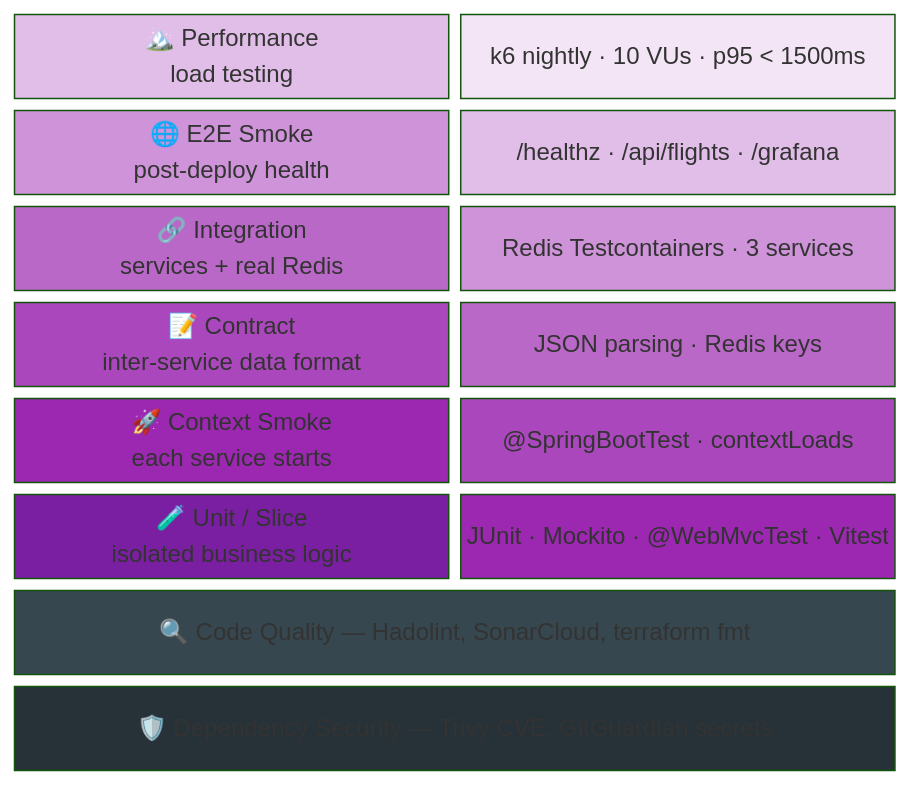
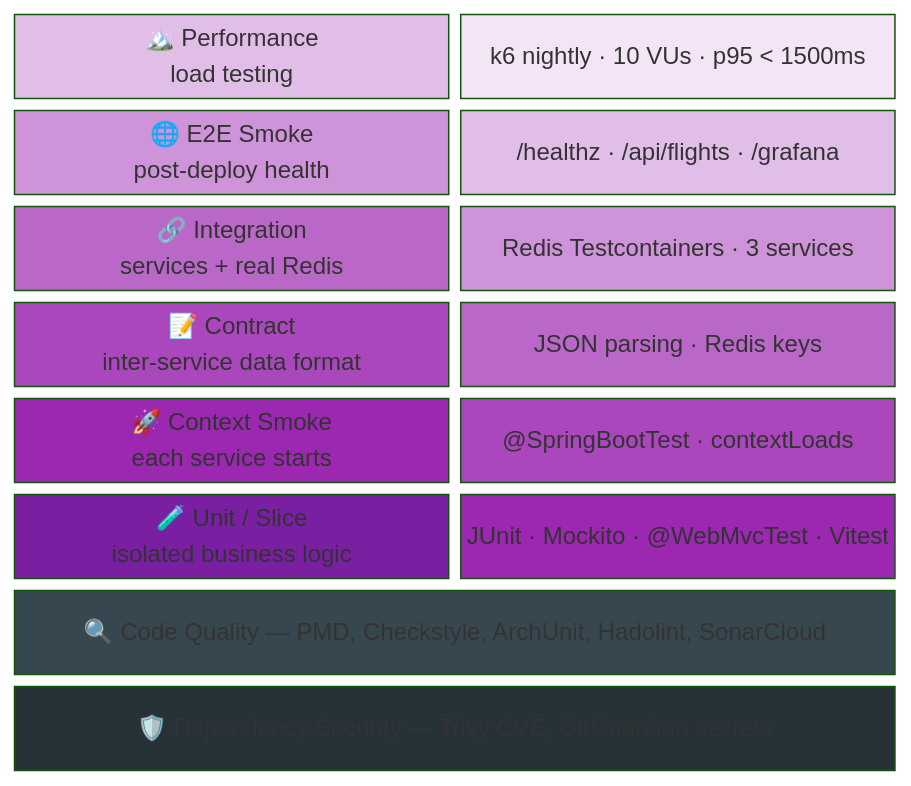
Before and after one commit to ClementV78/CloudRadar: the first of 7 diagrams in docs/testing-overview-en.md, drawn with Mermaid (forest theme). The commit also changed other lines of this file and 5 other files, not shown here.

First line of the commit message:
docs(quality): update docs for PMD/Checkstyle/ArchUnit + SARIF/Code Scanning

````diff
--- a/docs/testing-overview-en.md
+++ b/docs/testing-overview-en.md
@@ -27,28 +27,28 @@
 ```mermaid
 block-beta
   columns 2
 
   P["🏔️ Performance<br>load testing"]:1 Pd["k6 nightly · 10 VUs · p95 < 1500ms"]:1
   E["🌐 E2E Smoke<br>post-deploy health"]:1 Ed["/healthz · /api/flights · /grafana"]:1
   D["🔗 Integration<br>services + real Redis"]:1 Dd["Redis Testcontainers · 3 services"]:1
   C["📝 Contract<br>inter-service data format"]:1 Cd["JSON parsing · Redis keys"]:1
   S["🚀 Context Smoke<br>each service starts"]:1 Sd["@SpringBootTest · contextLoads"]:1
   U["🧪 Unit / Slice<br>isolated business logic"]:1 Ud["JUnit · Mockito · @WebMvcTest · Vitest"]:1
-  SA["🔍 Code Quality — Hadolint, SonarCloud, terraform fmt"]:2
+  SA["🔍 Code Quality — PMD, Checkstyle, ArchUnit, Hadolint, SonarCloud"]:2
   SC["🛡️ Dependency Security — Trivy CVE, GitGuardian secrets"]:2
 
   style P fill:#e1bee7,color:#000
   style Pd fill:#f3e5f5,color:#000
   style E fill:#ce93d8,color:#000
   style Ed fill:#e1bee7,color:#000
   style D fill:#ba68c8,color:#fff
   style Dd fill:#ce93d8,color:#000
   style C fill:#ab47bc,color:#fff
   style Cd fill:#ba68c8,color:#fff
   style S fill:#9c27b0,color:#fff
   style Sd fill:#ab47bc,color:#fff
   style U fill:#7b1fa2,color:#fff
   style Ud fill:#9c27b0,color:#fff
   style SA fill:#37474f,color:#fff
   style SC fill:#263238,color:#fff
 ```
````
